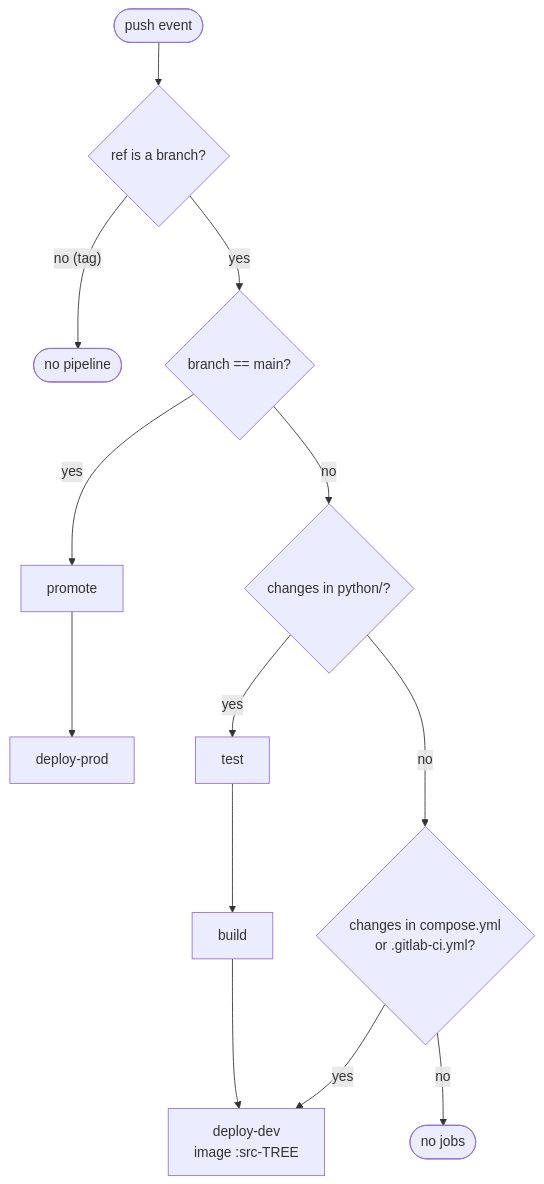
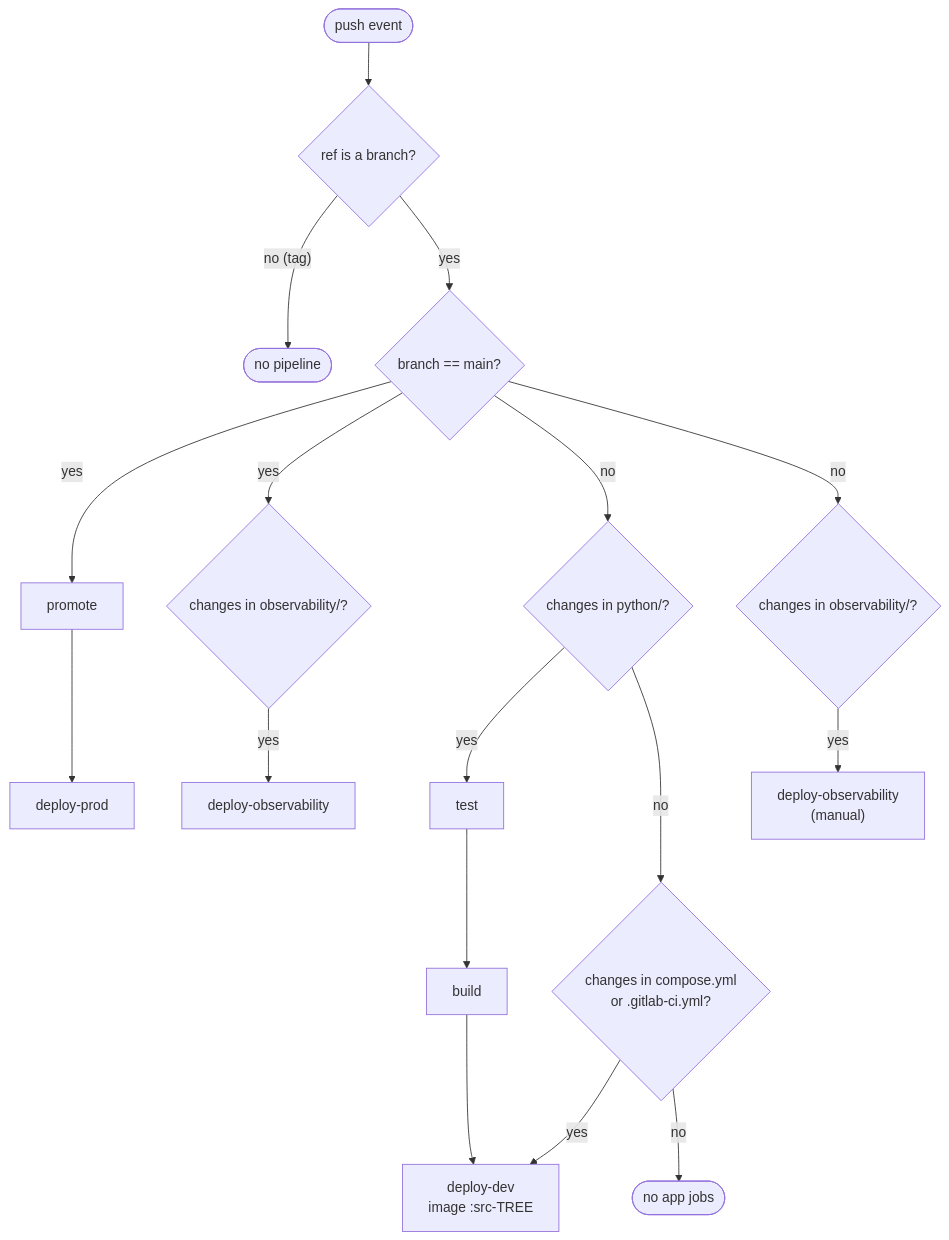
The third of 6 diagrams in README.md (Tsuyakashi/bsuir-ci), drawn with Mermaid before and after one commit. The commit also changed other lines of this file, not shown here.

Commit message:
readme: observability, kibana, updated ct sizing

````diff
--- a/README.md
+++ b/README.md
@@ -108,12 +121,19 @@
 ```mermaid
 flowchart TD
     push([push event]) --> branch{"ref is a branch?"}
     branch -- "no (tag)" --> skip([no pipeline])
     branch -- yes --> main{"branch == main?"}
+
     main -- yes --> promote[promote] --> prod[deploy-prod]
+    main -- yes --> obsmain{"changes in observability/?"}
+    obsmain -- yes --> obsdeploy[deploy-observability]
+
     main -- no --> py{"changes in python/?"}
     py -- yes --> test[test] --> build[build] --> devdeploy["deploy-dev<br/>image :src-TREE"]
     py -- no --> cfg{"changes in compose.yml<br/>or .gitlab-ci.yml?"}
     cfg -- yes --> devdeploy
-    cfg -- no --> skip2([no jobs])
+    cfg -- no --> skip2([no app jobs])
+
+    main -- no --> obsbranch{"changes in observability/?"}
+    obsbranch -- yes --> obsmanual["deploy-observability<br/>(manual)"]
 ```
````
